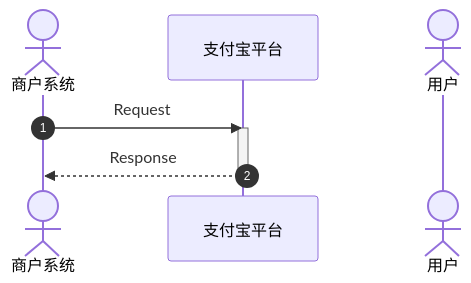
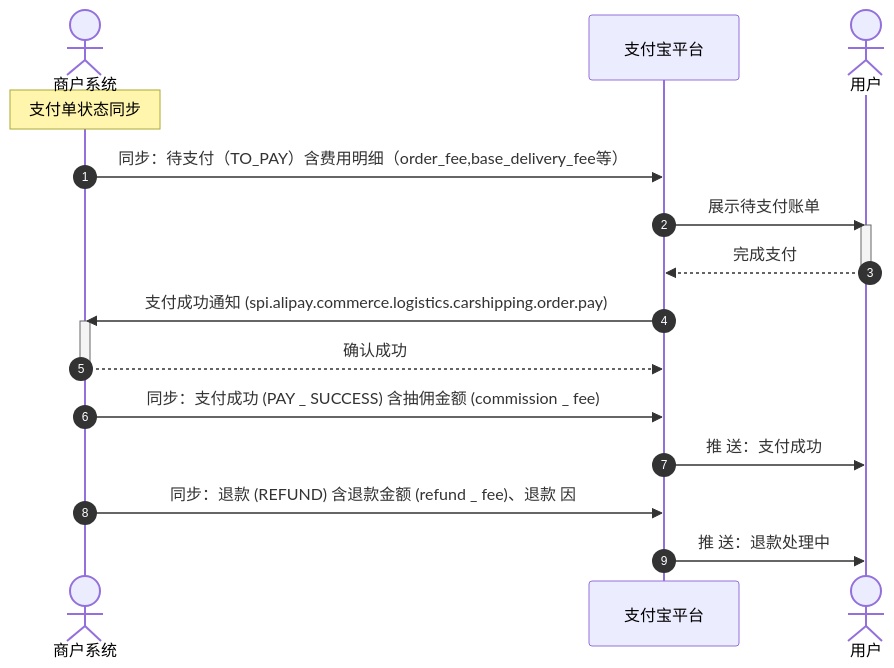
The diagram in notes/支付单状态同步时序_b3042cb3-08c1-43b5-b440-32d3f6443821.md (pingpm/mermaid_vault), drawn with Mermaid before and after one commit. The commit also changed 2 other files, not shown here.

Commit message:
Sync Mermaid Studio data (10 diagrams)

````diff
--- a/notes/支付单状态同步时序_b3042cb3-08c1-43b5-b440-32d3f6443821.md
+++ b/notes/支付单状态同步时序_b3042cb3-08c1-43b5-b440-32d3f6443821.md
@@ -3,12 +3,22 @@
 ```mermaid
 sequenceDiagram
   autonumber
   actor p0 as 商户系统
   participant p1 as ⽀付宝平台
   actor p2 as 用户
-  p0->>p1: Request
-  activate p1
-  p1-->>p0: Response
-  deactivate p1
+  Note over p0: ⽀付单状态同步
+  p0->>p1: 同步：待支付（TO_PAY）含费用明细（order_fee,base_delivery_fee等）
+  p1->>p2: 展示待⽀付账单
+  activate p2
+  p2-->>p1: 完成⽀付
+  deactivate p2
+  p1->>p0: ⽀付成功通知 (spi.alipay.commerce.logistics.carshipping.order.pay)
+  activate p0
+  p0-->>p1: 确认成功
+  deactivate p0
+  p0->>p1: 同步：⽀付成功 (PAY _ SUCCESS) 含抽佣⾦额 (commission _ fee)
+  p1->>p2: 推 送：⽀付成功
+  p0->>p1: 同步：退款 (REFUND) 含退款⾦额 (refund _ fee)、退款 因
+  p1->>p2: 推 送：退款处理中
 
 ```
````
